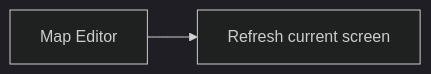
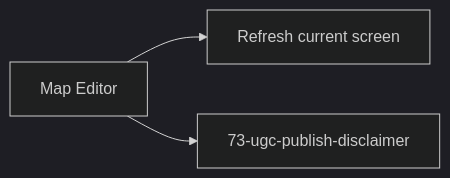
The fifth of 5 diagrams in docs/architecture/wiki/screens/65-map-editor/architecture.md (SunaNoOshiro/Heroes_Reforged_AI_Realms), drawn with Mermaid (dark theme) before and after one commit. The commit also changed other lines of this file and 518 other files, not shown here.

First line of the commit message:
Add doc-audit skill and sweep architecture/screen docs

````diff
--- a/docs/architecture/wiki/screens/65-map-editor/architecture.md
+++ b/docs/architecture/wiki/screens/65-map-editor/architecture.md
@@ -72,5 +66,6 @@
 ```mermaid
 flowchart LR
   Current["Map Editor"]
-  Current --> CurrentRefresh["Refresh current screen"]
+  Current --> Refresh["Refresh current screen"]
+  Current --> Publish["73-ugc-publish-disclaimer"]
 ```
````
